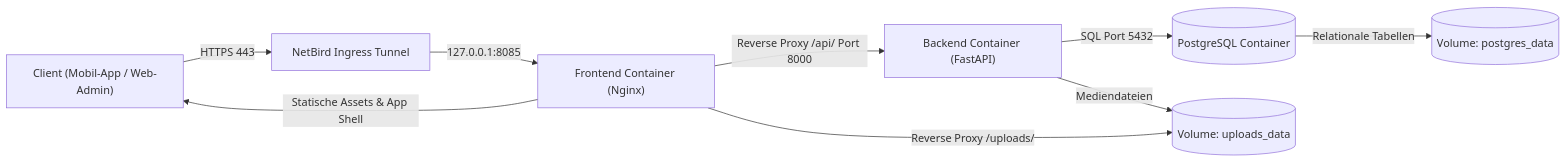
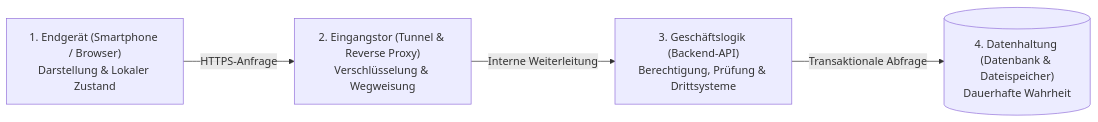
The first of 2 diagrams in content/posts/upa-campus-app-architecture-part-1/index.de.md (Pascal-Thommen/pascal-thommen.github.io), drawn with Mermaid before and after one commit. The commit also changed other lines of this file and 25 other files, not shown here.

````diff
--- a/content/posts/upa-campus-app-architecture-part-1/index.de.md
+++ b/content/posts/upa-campus-app-architecture-part-1/index.de.md
@@ -28,11 +28,6 @@
 ```mermaid
 flowchart LR
-    Client["Client (Mobil-App / Web-Admin)"] -->|HTTPS 443| NetBird["NetBird Ingress Tunnel"]
-    NetBird -->|127.0.0.1:8085| Nginx["Frontend Container (Nginx)"]
-    Nginx -->|Statische Assets & App Shell| Client
-    Nginx -->|Reverse Proxy /api/ Port 8000| Backend["Backend Container (FastAPI)"]
-    Backend -->|SQL Port 5432| DB[("PostgreSQL Container")]
-    DB -->|Relationale Tabellen| VolDB[("Volume: postgres_data")]
-    Backend -->|Mediendateien| VolMedia[("Volume: uploads_data")]
-    Nginx -->|Reverse Proxy /uploads/| VolMedia
+    Client["1. Endgerät (Smartphone / Browser)\nDarstellung & Lokaler Zustand"] -->|HTTPS-Anfrage| Gateway["2. Eingangstor (Tunnel & Reverse Proxy)\nVerschlüsselung & Wegweisung"]
+    Gateway -->|Interne Weiterleitung| Logic["3. Geschäftslogik (Backend-API)\nBerechtigung, Prüfung & Drittsysteme"]
+    Logic -->|Transaktionale Abfrage| Storage[("4. Datenhaltung (Datenbank & Dateispeicher)\nDauerhafte Wahrheit")]
 ```
````
